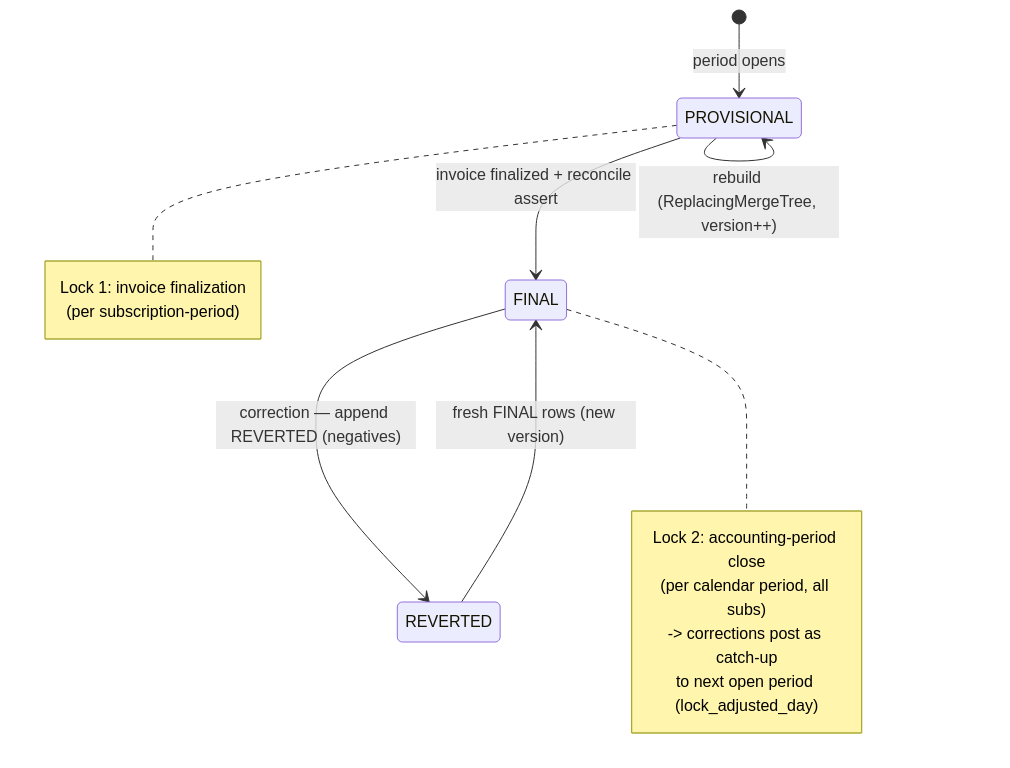
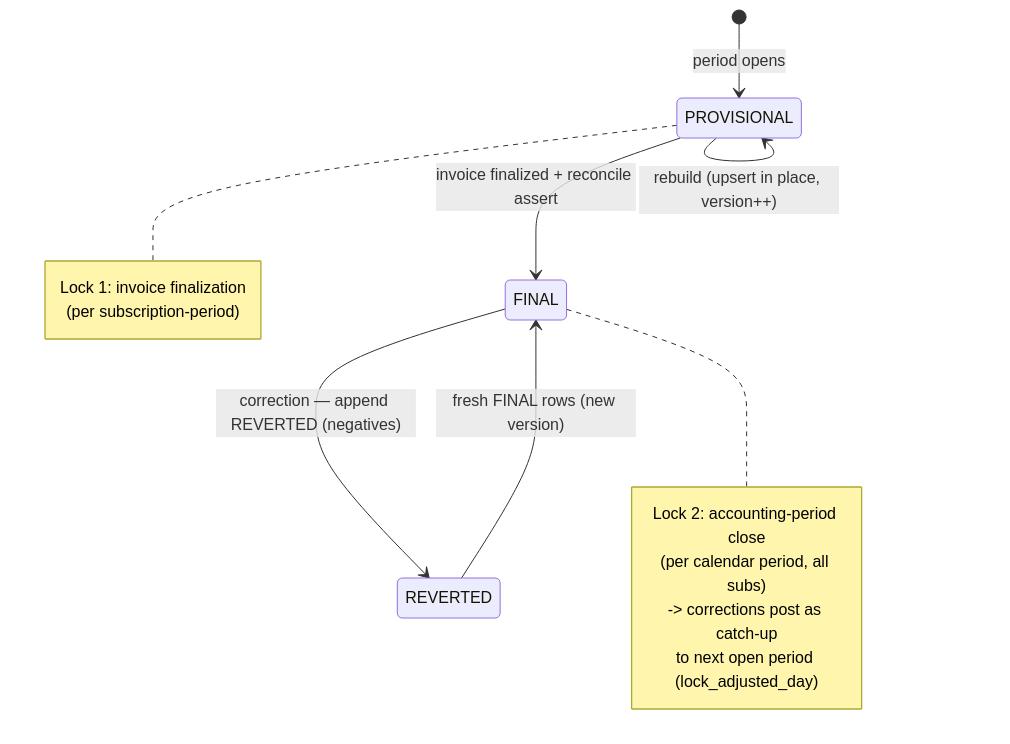
Before and after one commit to flexprice/flexprice: the fifth of 6 diagrams in docs/design/2026-09-10-FLE-1257-analytics-platform-erd.md, drawn with Mermaid. The commit also changed other lines of this file, not shown here.

````diff
--- a/docs/design/2026-09-10-FLE-1257-analytics-platform-erd.md
+++ b/docs/design/2026-09-10-FLE-1257-analytics-platform-erd.md
@@ -449,18 +458,18 @@
 ```mermaid
 stateDiagram-v2
     [*] --> PROVISIONAL: period opens
-    PROVISIONAL --> PROVISIONAL: rebuild (ReplacingMergeTree, version++)
+    PROVISIONAL --> PROVISIONAL: rebuild (upsert in place, version++)
     PROVISIONAL --> FINAL: invoice finalized + reconcile assert
     FINAL --> REVERTED: correction — append REVERTED (negatives)
     REVERTED --> FINAL: fresh FINAL rows (new version)
     note right of PROVISIONAL
         Lock 1: invoice finalization
         (per subscription-period)
     end note
     note right of FINAL
         Lock 2: accounting-period close
         (per calendar period, all subs)
         -> corrections post as catch-up
         to next open period (lock_adjusted_day)
     end note
 ```
````
